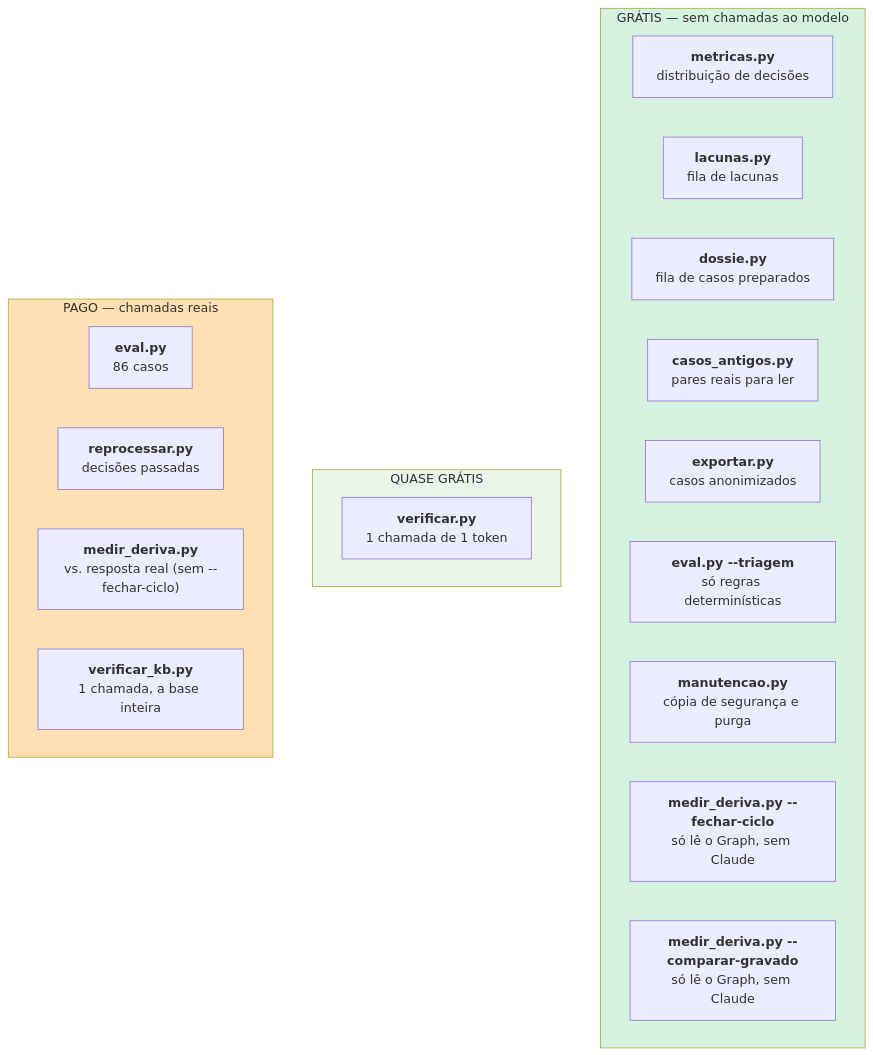
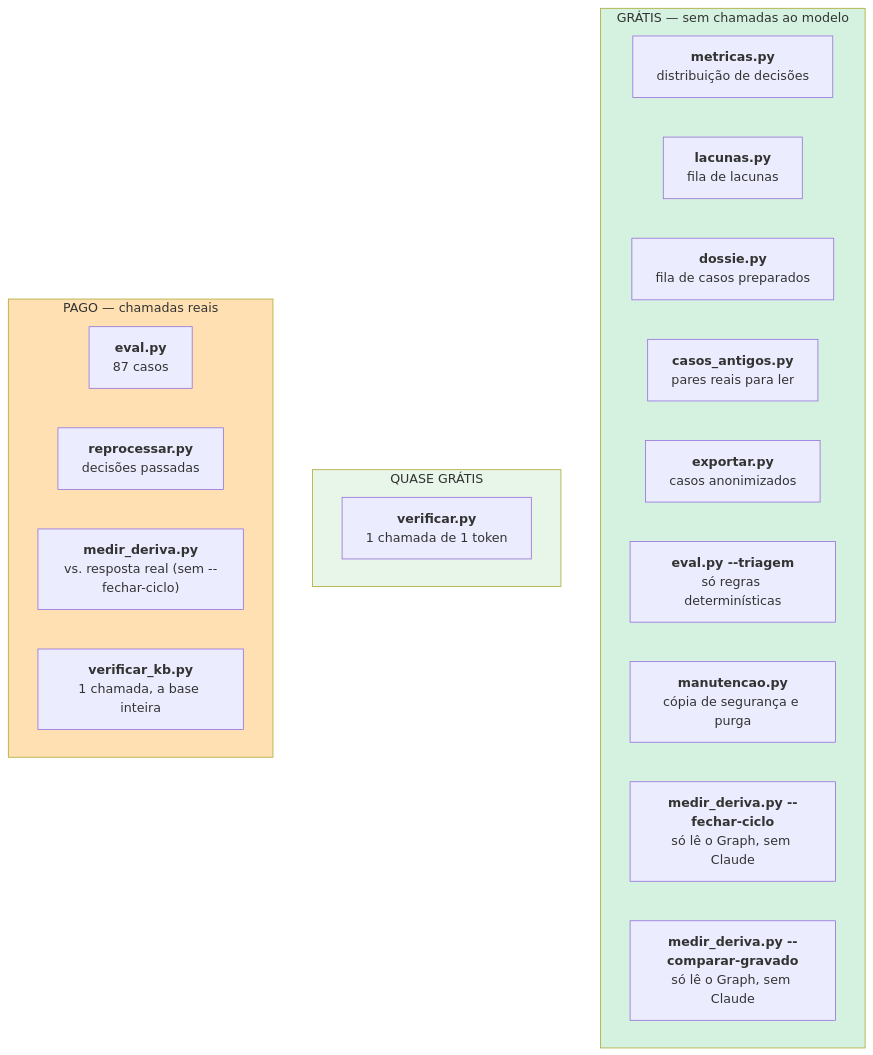
Before and after one commit to joaocarvalhini/Outlook-Reply-Assistant: the diagram in docs/06-engineering/operations.md, drawn with Mermaid. The commit also changed 8 other files, not shown here.

````diff
--- a/docs/06-engineering/operations.md
+++ b/docs/06-engineering/operations.md
@@ -22,26 +22,26 @@
 ```mermaid
 flowchart TB
     subgraph G["GRÁTIS — sem chamadas ao modelo"]
         G1["<b>metricas.py</b><br/>distribuição de decisões"]
         G2["<b>lacunas.py</b><br/>fila de lacunas"]
         G3["<b>dossie.py</b><br/>fila de casos preparados"]
         G4["<b>casos_antigos.py</b><br/>pares reais para ler"]
         G5["<b>exportar.py</b><br/>casos anonimizados"]
         G6["<b>eval.py --triagem</b><br/>só regras determinísticas"]
         G7["<b>manutencao.py</b><br/>cópia de segurança e purga"]
         G8["<b>medir_deriva.py --fechar-ciclo</b><br/>só lê o Graph, sem Claude"]
         G9["<b>medir_deriva.py --comparar-gravado</b><br/>só lê o Graph, sem Claude"]
     end
     subgraph Q["QUASE GRÁTIS"]
         Q1["<b>verificar.py</b><br/>1 chamada de 1 token"]
     end
     subgraph P["PAGO — chamadas reais"]
-        P1["<b>eval.py</b><br/>86 casos"]
+        P1["<b>eval.py</b><br/>87 casos"]
         P2["<b>reprocessar.py</b><br/>decisões passadas"]
         P3["<b>medir_deriva.py</b><br/>vs. resposta real (sem --fechar-ciclo)"]
         P4["<b>verificar_kb.py</b><br/>1 chamada, a base inteira"]
     end
     style G fill:#d5f2e0
     style Q fill:#e8f5e9
     style P fill:#ffe0b2
 ```
````
